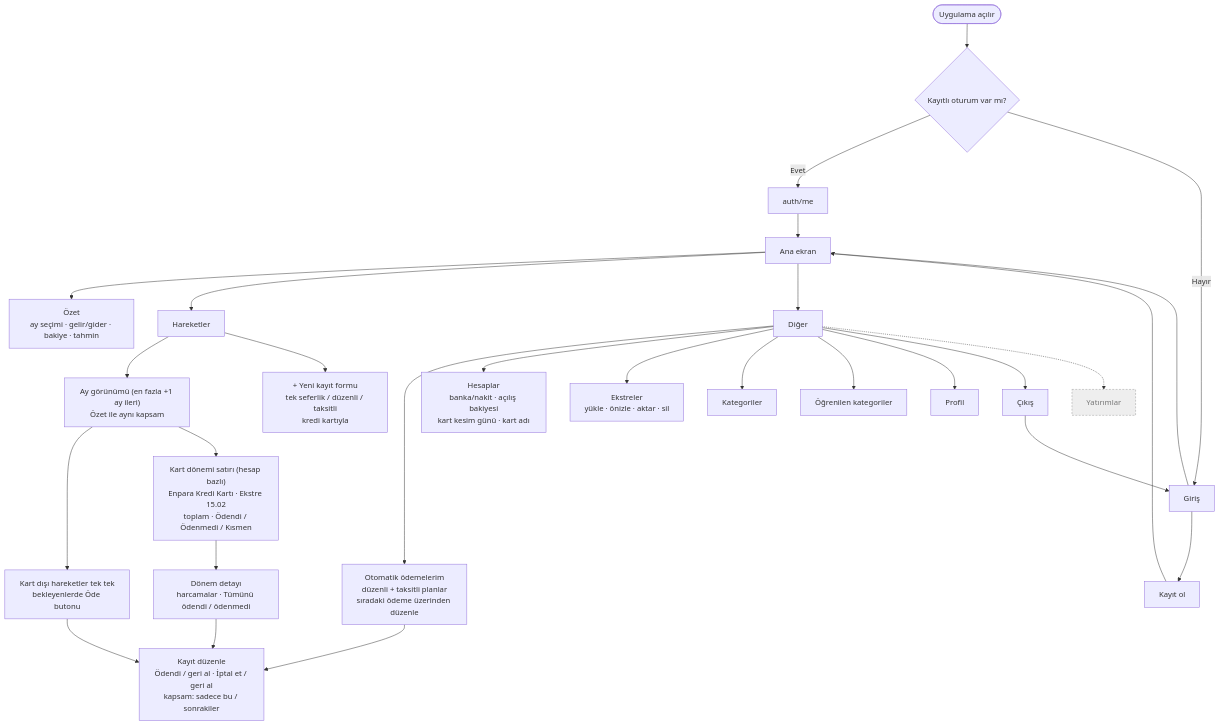
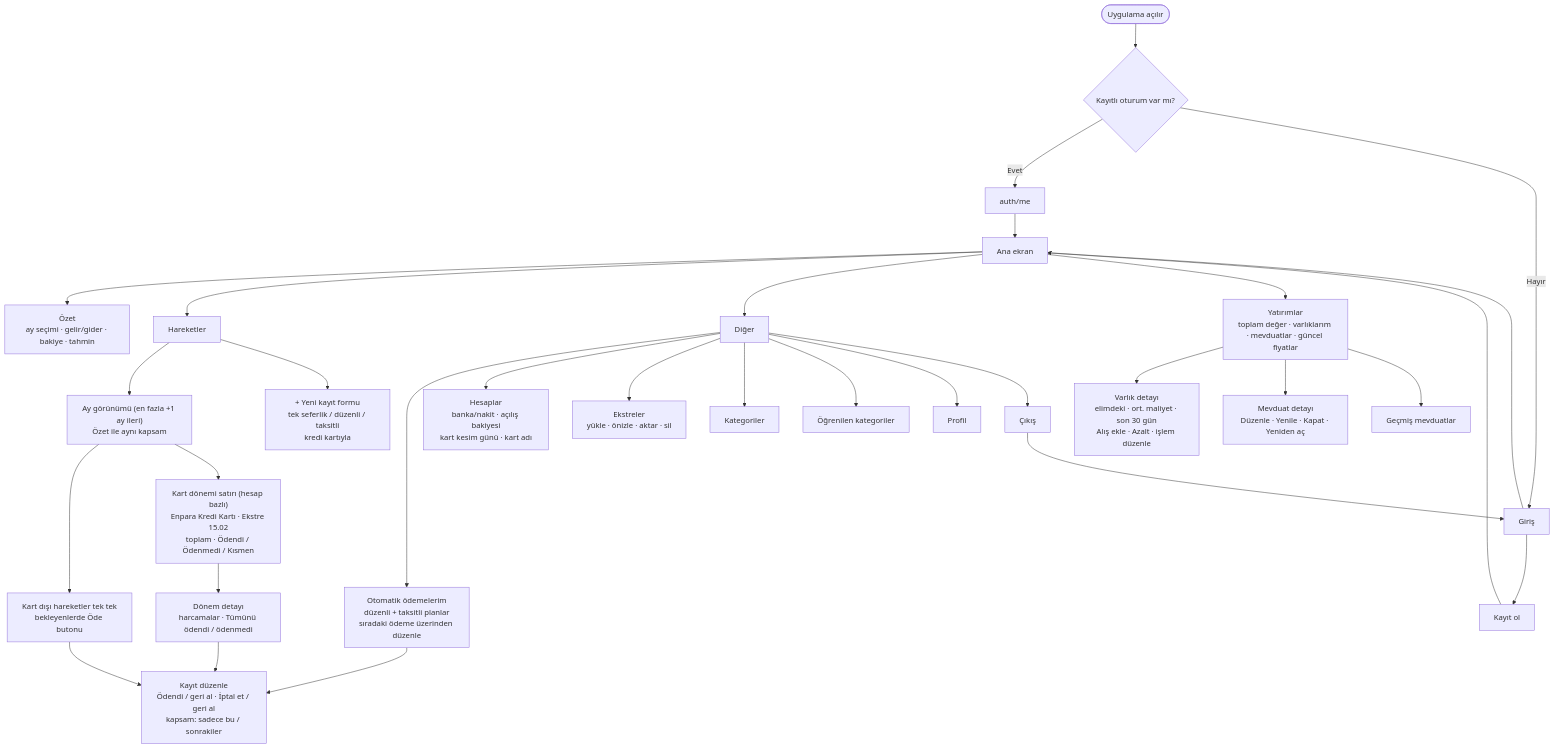
One commit to anilcelik0/saving changed the seventh of 10 diagrams in docs/FLOW.md. Above: the diagram before and after it, drawn with Mermaid. The commit also changed other lines of this file and 34 other files, not shown here.

````diff
--- a/docs/FLOW.md
+++ b/docs/FLOW.md
@@ -178,32 +182,35 @@
 ```mermaid
 flowchart TD
     OPEN([Uygulama açılır]) --> TOK{Kayıtlı oturum var mı?}
     TOK -- Evet --> ME[auth/me] --> HOME
     TOK -- Hayır --> LOGIN[Giriş]
     LOGIN --> REG[Kayıt ol] --> HOME
     LOGIN --> HOME
 
     HOME[Ana ekran] --> S[Özet<br/>ay seçimi · gelir/gider · bakiye · tahmin]
     HOME --> H[Hareketler]
     HOME --> D[Diğer]
 
     H --> HM["Ay görünümü (en fazla +1 ay ileri)<br/>Özet ile aynı kapsam"]
     HM --> HT[Kart dışı hareketler tek tek<br/>bekleyenlerde Öde butonu]
     HM --> HC["Kart dönemi satırı (hesap bazlı)<br/>Enpara Kredi Kartı · Ekstre 15.02<br/>toplam · Ödendi / Ödenmedi / Kısmen"]
     HC --> CYC[Dönem detayı<br/>harcamalar · Tümünü ödendi / ödenmedi]
     H --> NEW[+ Yeni kayıt formu<br/>tek seferlik / düzenli / taksitli<br/>kredi kartıyla]
     HT --> EDIT[Kayıt düzenle<br/>Ödendi / geri al · İptal et / geri al<br/>kapsam: sadece bu / sonrakiler]
     CYC --> EDIT
 
     D --> AUTO[Otomatik ödemelerim<br/>düzenli + taksitli planlar<br/>sıradaki ödeme üzerinden düzenle]
     AUTO --> EDIT
     D --> ACC[Hesaplar<br/>banka/nakit · açılış bakiyesi<br/>kart kesim günü · kart adı]
     D --> STM[Ekstreler<br/>yükle · önizle · aktar · sil]
     D --> CAT[Kategoriler]
     D --> RULE[Öğrenilen kategoriler]
     D --> PRO[Profil]
     D --> OUT[Çıkış] --> LOGIN
 
-    D -.-> INVS[Yatırımlar]:::todo
+    HOME --> INVS[Yatırımlar<br/>toplam değer · varlıklarım · mevduatlar · güncel fiyatlar]
+    INVS --> AST[Varlık detayı<br/>elimdeki · ort. maliyet · son 30 gün<br/>Alış ekle · Azalt · işlem düzenle]
+    INVS --> DEP[Mevduat detayı<br/>Düzenle · Yenile · Kapat · Yeniden aç]
+    INVS --> DH[Geçmiş mevduatlar]
     classDef todo fill:#eee,stroke:#999,stroke-dasharray:4 3,color:#777
 ```
````
